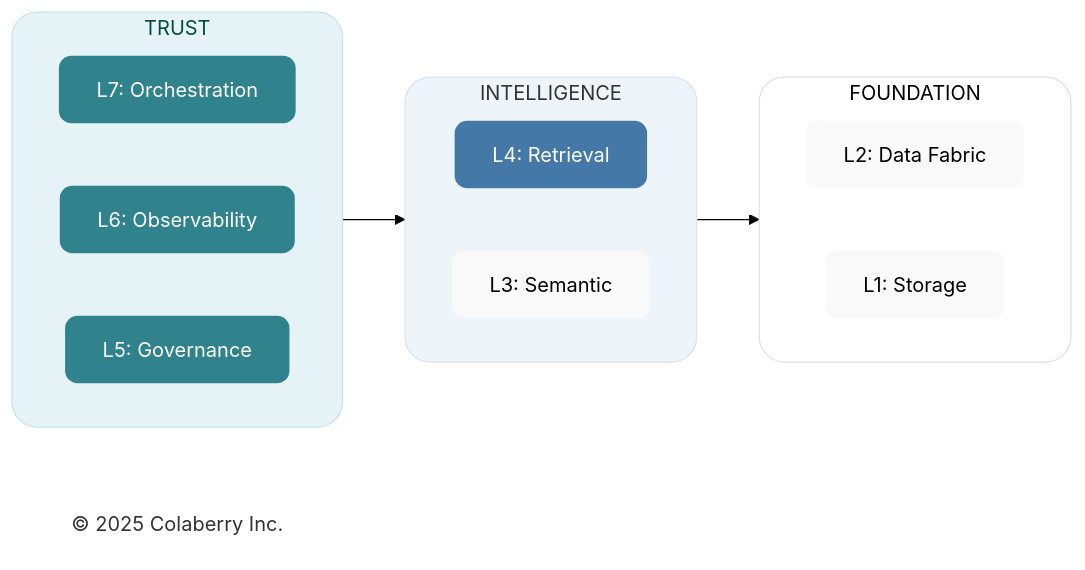
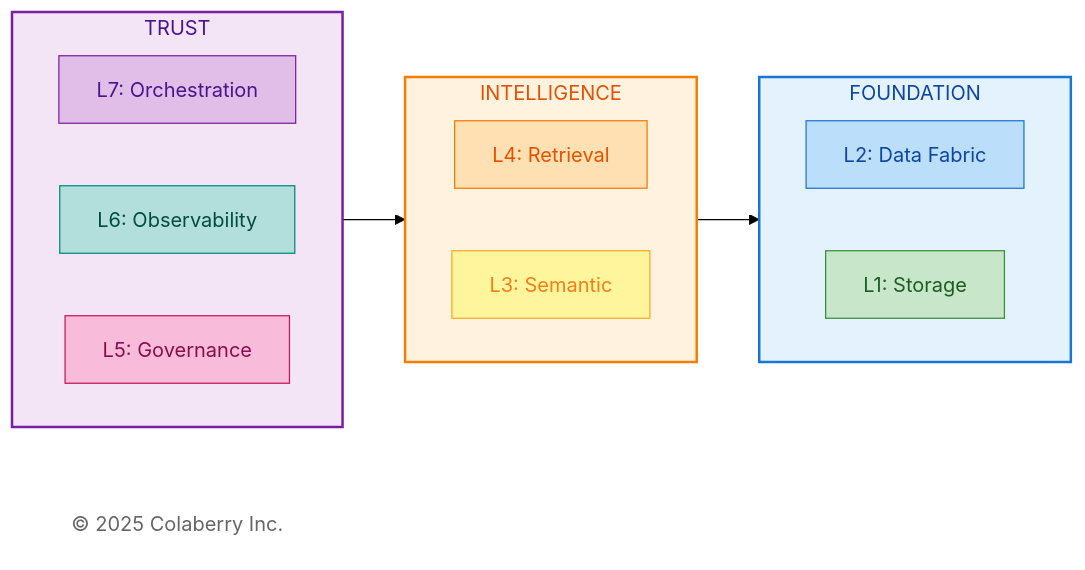
The fifth of 5 diagrams in manuscript/12_chapter_11_technology_selection_guide.md (saitejesh-cyber/trust-before-intelligence-book), drawn with Mermaid (forest theme) before and after one commit. The commit also changed other lines of this file and 12 other files, not shown here.

Commit message:
Restore legacy Mermaid styles for Option 1

````diff
--- a/manuscript/12_chapter_11_technology_selection_guide.md
+++ b/manuscript/12_chapter_11_technology_selection_guide.md
@@ -806,39 +806,39 @@
 ```mermaid
 
 graph LR
     subgraph TRUST["TRUST"]
         direction LR
         L7["L7: Orchestration"]
         L6["L6: Observability"]
         L5["L5: Governance"]
     end
     
     subgraph INTEL["INTELLIGENCE"]
         direction LR
         L4["L4: Retrieval"]
         L3["L3: Semantic"]
     end
     
     subgraph FOUND["FOUNDATION"]
         direction LR
         L2["L2: Data Fabric"]
         L1["L1: Storage"]
     end
     
     Copyright["© 2025 Colaberry Inc."]
     
     TRUST --> INTEL --> FOUND
     
-    style TRUST fill:#e6f3f6,stroke:#c7e3ea,stroke-width:1px,color:#004d40,rx:20,ry:20
-    style INTEL fill:#edf4fa,stroke:#d6e4f2,stroke-width:1px,color:#333333,rx:20,ry:20
-    style FOUND fill:#ffffff,stroke:#e0e0e0,stroke-width:1px,color:#000000,rx:20,ry:20
-    style L7 fill:#30838C,stroke:none,color:#ffffff,rx:10,ry:10
-    style L6 fill:#30838C,stroke:none,color:#ffffff,rx:10,ry:10
-    style L5 fill:#30838C,stroke:none,color:#ffffff,rx:10,ry:10
-    style L4 fill:#4478A6,stroke:none,color:#ffffff,rx:10,ry:10
-    style L3 fill:#f9f9f9,stroke:none,color:#000000,rx:10,ry:10
-    style L2 fill:#f9f9f9,stroke:none,color:#000000,rx:10,ry:10
-    style L1 fill:#f9f9f9,stroke:none,color:#000000,rx:10,ry:10
-    style Copyright fill:none,stroke:none,color:#333333
+    style TRUST fill:#f3e5f5,stroke:#7b1fa2,stroke-width:2px,color:#4a148c
+    style INTEL fill:#fff3e0,stroke:#f57c00,stroke-width:2px,color:#e65100
+    style FOUND fill:#e3f2fd,stroke:#1976d2,stroke-width:2px,color:#0d47a1
+    style L7 fill:#e1bee7,stroke:#7b1fa2,color:#4a148c
+    style L6 fill:#b2dfdb,stroke:#00897b,color:#004d40
+    style L5 fill:#f8bbd9,stroke:#c2185b,color:#880e4f
+    style L4 fill:#ffe0b2,stroke:#f57c00,color:#e65100
+    style L3 fill:#fff59d,stroke:#f9a825,color:#f57f17
+    style L2 fill:#bbdefb,stroke:#1976d2,color:#0d47a1
+    style L1 fill:#c8e6c9,stroke:#388e3c,color:#1b5e20
+    style Copyright fill:#ffffff,stroke:none,color:#666666
 
 ```
````
